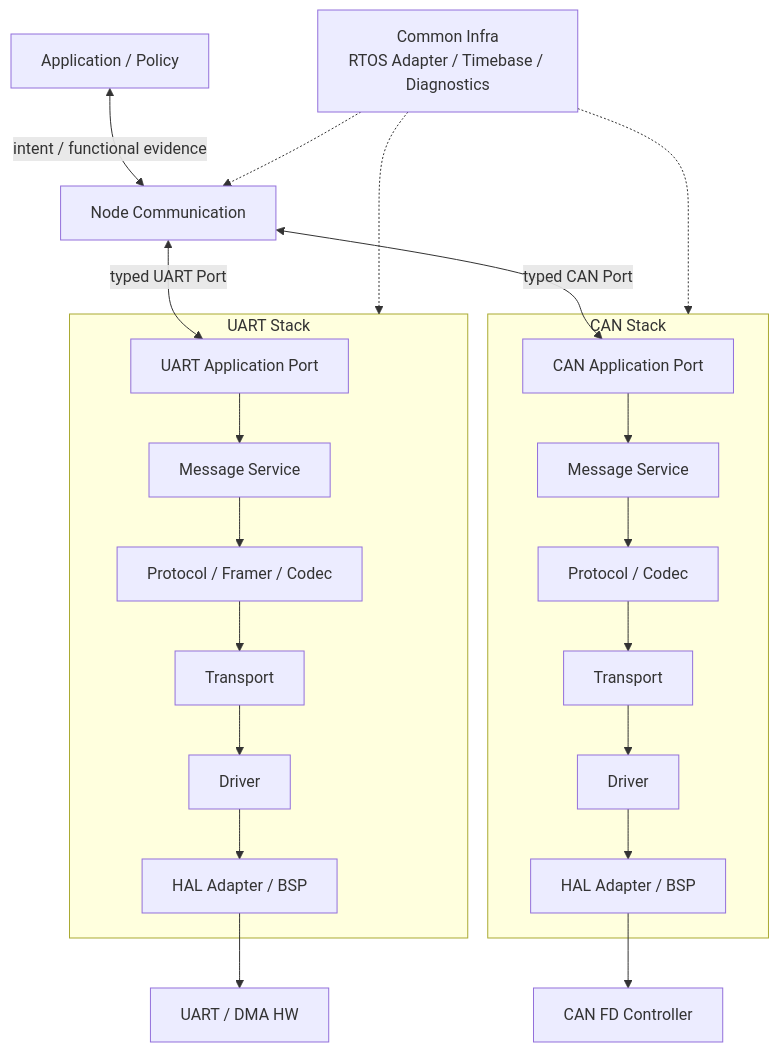
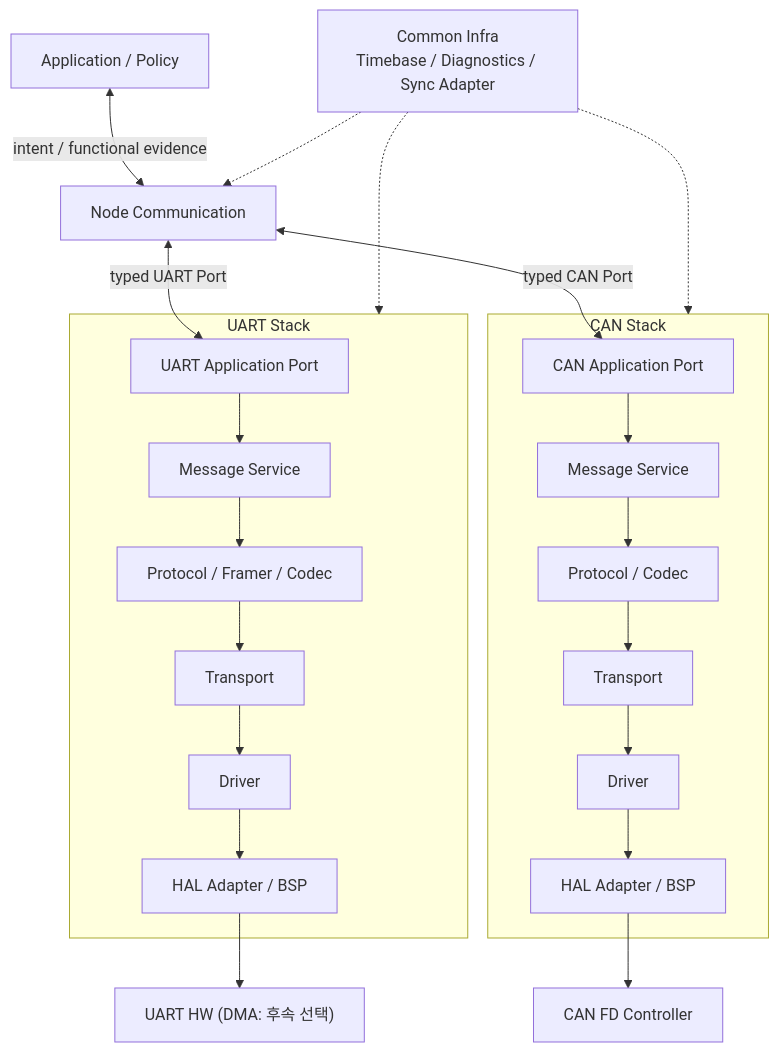
One commit to vehicle-domain-control-system/integrated-vehicle-control changed the second of 3 diagrams in docs/network/network_sw_architecture.md. Above: the diagram before and after it, drawn with Mermaid. The commit also changed other lines of this file and 53 other files, not shown here.

````diff
--- a/docs/network/network_sw_architecture.md
+++ b/docs/network/network_sw_architecture.md
@@ -69,37 +70,37 @@
 ```mermaid
 flowchart TD
     APP["Application / Policy"]
     NC["Node Communication"]
 
     APP <-->|"intent / functional evidence"| NC
 
     NC <-->|"typed UART Port"| UP["UART Application Port"]
     NC <-->|"typed CAN Port"| CP["CAN Application Port"]
 
     subgraph UART["UART Stack"]
         UP --> US["Message Service"]
         US --> UC["Protocol / Framer / Codec"]
         UC --> UT["Transport"]
         UT --> UD["Driver"]
         UD --> UH["HAL Adapter / BSP"]
     end
 
     subgraph CAN["CAN Stack"]
         CP --> CS["Message Service"]
         CS --> CC["Protocol / Codec"]
         CC --> CT["Transport"]
         CT --> CD["Driver"]
         CD --> CH["HAL Adapter / BSP"]
     end
 
-    UART_HW["UART / DMA HW"]
+    UART_HW["UART HW (DMA: 후속 선택)"]
     CAN_HW["CAN FD Controller"]
 
     UH --> UART_HW
     CH --> CAN_HW
 
-    COMMON["Common Infra<br/>RTOS Adapter / Timebase / Diagnostics"]
+    COMMON["Common Infra<br/>Timebase / Diagnostics / Sync Adapter"]
     COMMON -.-> NC
     COMMON -.-> UART
     COMMON -.-> CAN
 ```
````
